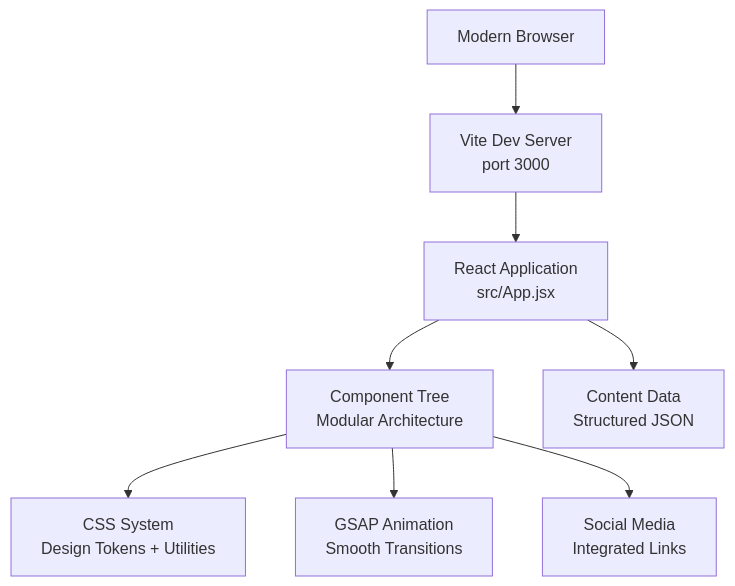
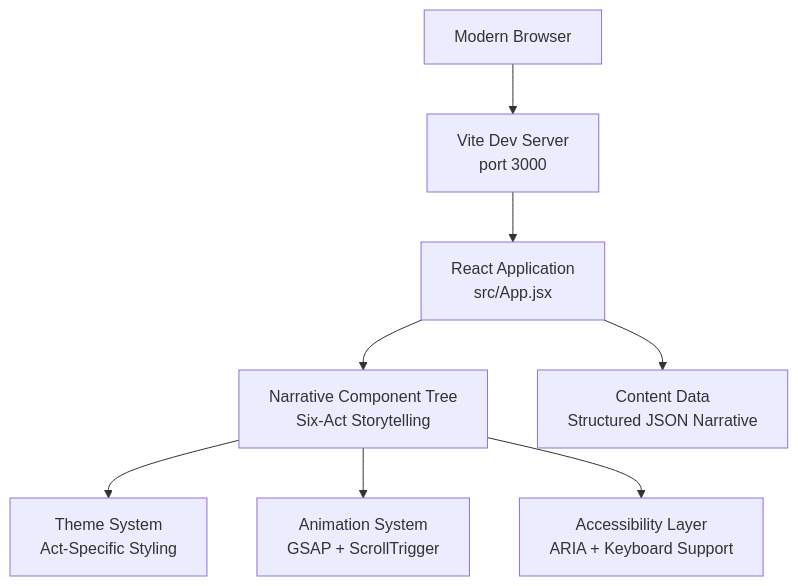
One commit to rakeshmaity271/frankie-picasso changed the second of 2 diagrams in .qoder/repowiki/en/content/Project Overview.md. Above: the diagram before and after it, drawn with Mermaid. The commit also changed other lines of this file and 18 other files, not shown here.

````diff
--- a/.qoder/repowiki/en/content/Project Overview.md
+++ b/.qoder/repowiki/en/content/Project Overview.md
@@ -141,18 +198,18 @@
 ```mermaid
 graph TB
 Browser["Modern Browser"]
 ViteDev["Vite Dev Server<br/>port 3000"]
 ReactApp["React Application<br/>src/App.jsx"]
-ComponentTree["Component Tree<br/>Modular Architecture"]
-CSSSystem["CSS System<br/>Design Tokens + Utilities"]
-GSAP["GSAP Animation<br/>Smooth Transitions"]
-ContentData["Content Data<br/>Structured JSON"]
-SocialMedia["Social Media<br/>Integrated Links"]
+NarrativeTree["Narrative Component Tree<br/>Six-Act Storytelling"]
+ThemeSystem["Theme System<br/>Act-Specific Styling"]
+ContentData["Content Data<br/>Structured JSON Narrative"]
+AnimationSystem["Animation System<br/>GSAP + ScrollTrigger"]
+Accessibility["Accessibility Layer<br/>ARIA + Keyboard Support"]
 Browser --> ViteDev
 ViteDev --> ReactApp
-ReactApp --> ComponentTree
-ComponentTree --> CSSSystem
-ComponentTree --> GSAP
+ReactApp --> NarrativeTree
+NarrativeTree --> ThemeSystem
 ReactApp --> ContentData
-ComponentTree --> SocialMedia
+NarrativeTree --> AnimationSystem
+NarrativeTree --> Accessibility
 ```
````
